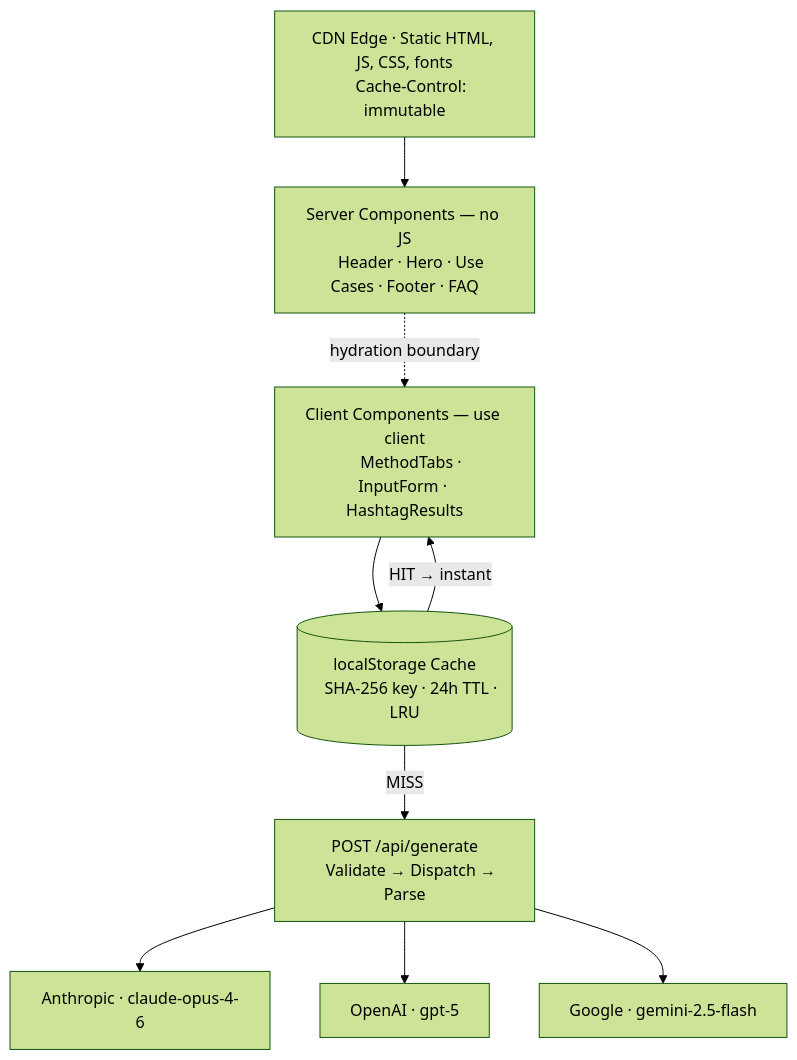
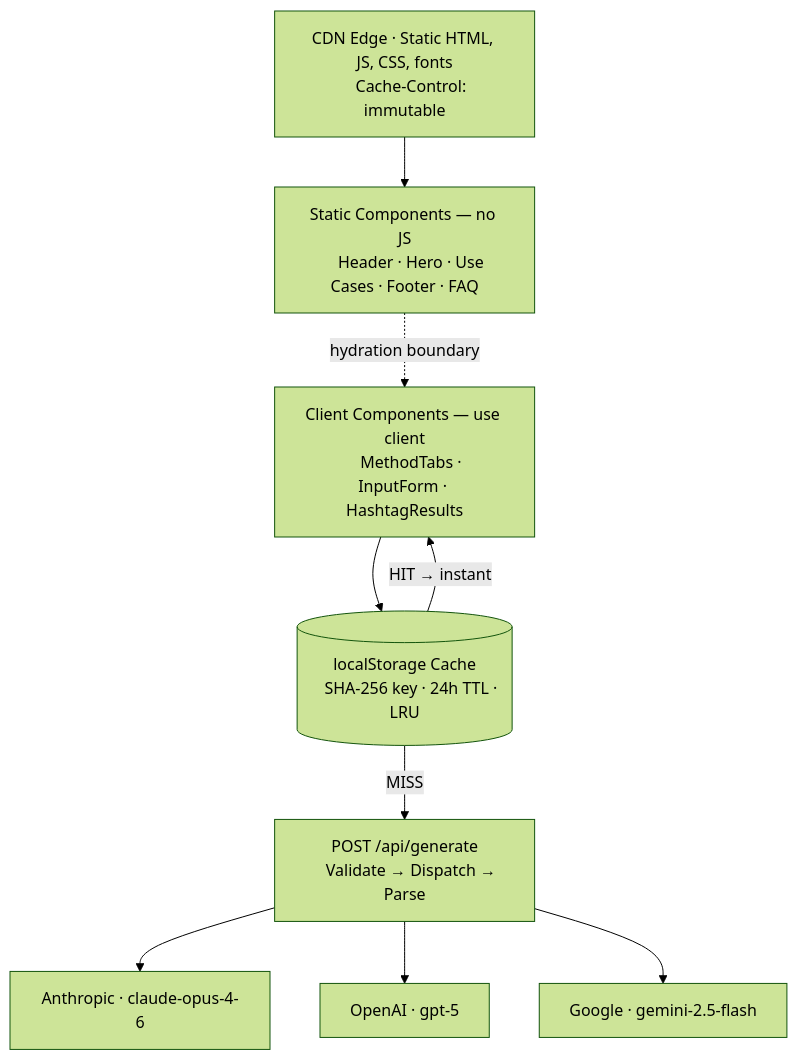
The diagram in README.md (kalebjdavenport/HashtagGeneratorPro), drawn with Mermaid (forest theme) before and after one commit. The commit also changed other lines of this file and 1 other file, not shown here.

First line of the commit message:
Clarify API route pipeline and rename Server Components to Static Components

````diff
--- a/README.md
+++ b/README.md
@@ -65,21 +65,21 @@
 ```mermaid
 flowchart TD
     CDN["CDN Edge · Static HTML, JS, CSS, fonts
     Cache-Control: immutable"]
     CDN --> Static
-    Static["Server Components — no JS
+    Static["Static Components — no JS
     Header · Hero · Use Cases · Footer · FAQ"]
     Static -. hydration boundary .-> Interactive
     Interactive["Client Components — use client
     MethodTabs · InputForm · HashtagResults"]
     Interactive --> Cache
     Cache[("localStorage Cache
     SHA-256 key · 24h TTL · LRU")]
     Cache -- HIT → instant --> Interactive
     Cache -- MISS --> Route
     Route["POST /api/generate
     Validate → Dispatch → Parse"]
     Route --> Claude[Anthropic · claude-opus-4-6]
     Route --> GPT[OpenAI · gpt-5]
     Route --> Gemini[Google · gemini-2.5-flash]
 ```
````
